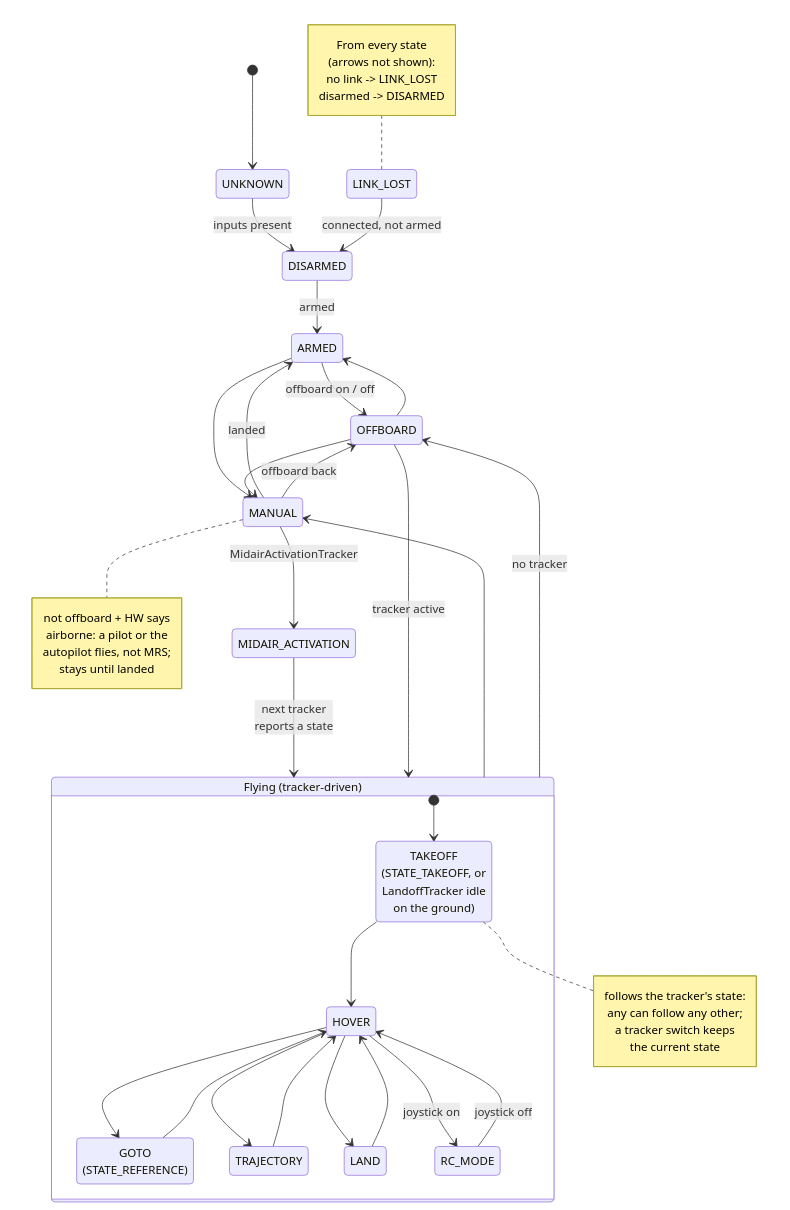
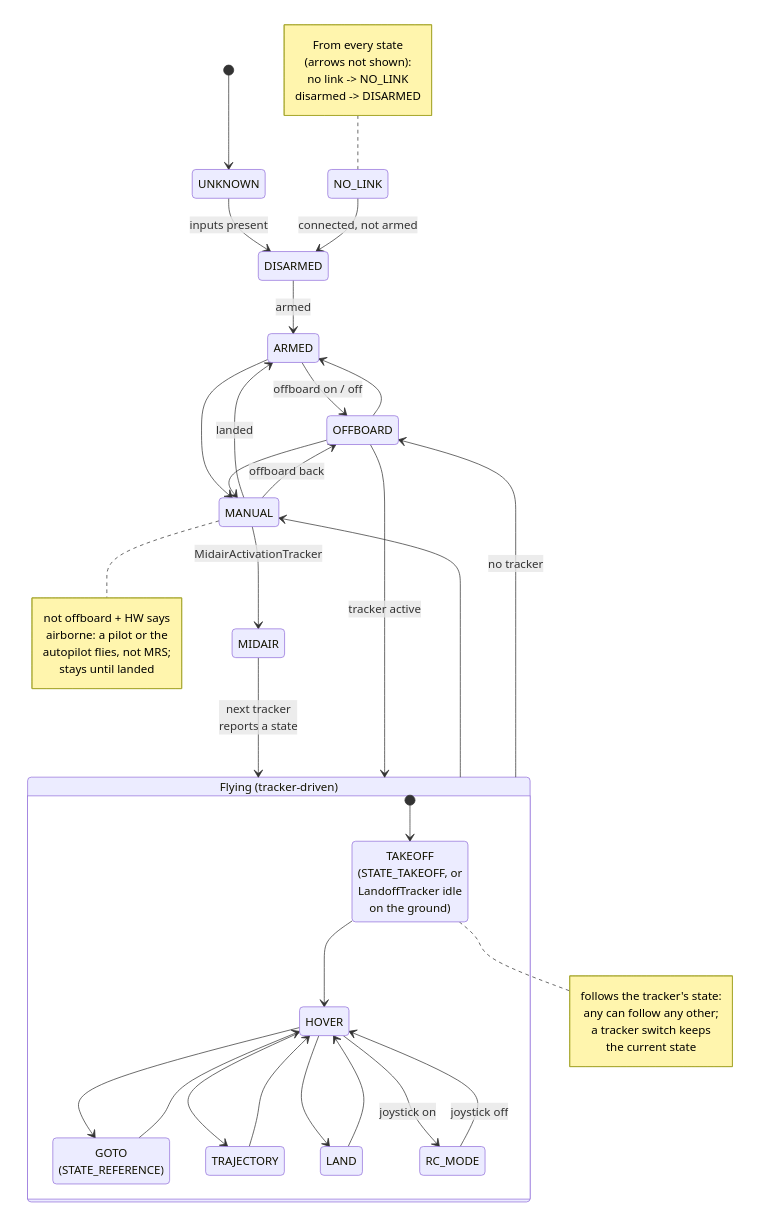
Before and after one commit to ctu-mrs/mrs_uav_managers: the diagram in README.md, drawn with Mermaid. The commit also changed other lines of this file and 3 other files, not shown here.

Commit message:
refactor(diagnostics_manager): rename MIDAIR_ACTIVATION to MIDAIR and LINK_LOST to NO_LINK

````diff
--- a/README.md
+++ b/README.md
@@ -9,62 +9,62 @@
 ```mermaid
 stateDiagram-v2
   direction TB
 
   [*] --> UNKNOWN
   UNKNOWN --> DISARMED: inputs present
-  LINK_LOST --> DISARMED: connected, not armed
+  NO_LINK --> DISARMED: connected, not armed
 
-  note left of LINK_LOST
+  note left of NO_LINK
     From every state
     (arrows not shown):
-    no link -> LINK_LOST
+    no link -> NO_LINK
     disarmed -> DISARMED
   end note
 
   DISARMED --> ARMED: armed
   ARMED --> OFFBOARD: offboard on / off
   OFFBOARD --> ARMED
 
   ARMED --> MANUAL
   OFFBOARD --> MANUAL
   FLYING --> MANUAL
   MANUAL --> ARMED: landed
   MANUAL --> OFFBOARD: offboard back
 
   note right of MANUAL
     not offboard + HW says
     airborne: a pilot or the
     autopilot flies, not MRS;
     stays until landed
   end note
 
-  MANUAL --> MIDAIR_ACTIVATION: MidairActivationTracker
-  MIDAIR_ACTIVATION --> FLYING: next tracker<br/>reports a state
+  MANUAL --> MIDAIR: MidairActivationTracker
+  MIDAIR --> FLYING: next tracker<br/>reports a state
 
   OFFBOARD --> FLYING: tracker active
   FLYING --> OFFBOARD: no tracker
 
   state "Flying (tracker-driven)" as FLYING {
     [*] --> TAKEOFF
     TAKEOFF --> HOVER
     HOVER --> GOTO
     HOVER --> TRAJECTORY
     GOTO --> HOVER
     TRAJECTORY --> HOVER
     HOVER --> LAND
     LAND --> HOVER
 
     HOVER --> RC_MODE: joystick on
     RC_MODE --> HOVER: joystick off
 
     TAKEOFF: TAKEOFF<br/>(STATE_TAKEOFF, or<br/>LandoffTracker idle<br/>on the ground)
     GOTO: GOTO<br/>(STATE_REFERENCE)
 
     note right of TAKEOFF
       follows the tracker's state:
       any can follow any other;
       a tracker switch keeps
       the current state
     end note
   }
 ```
````
